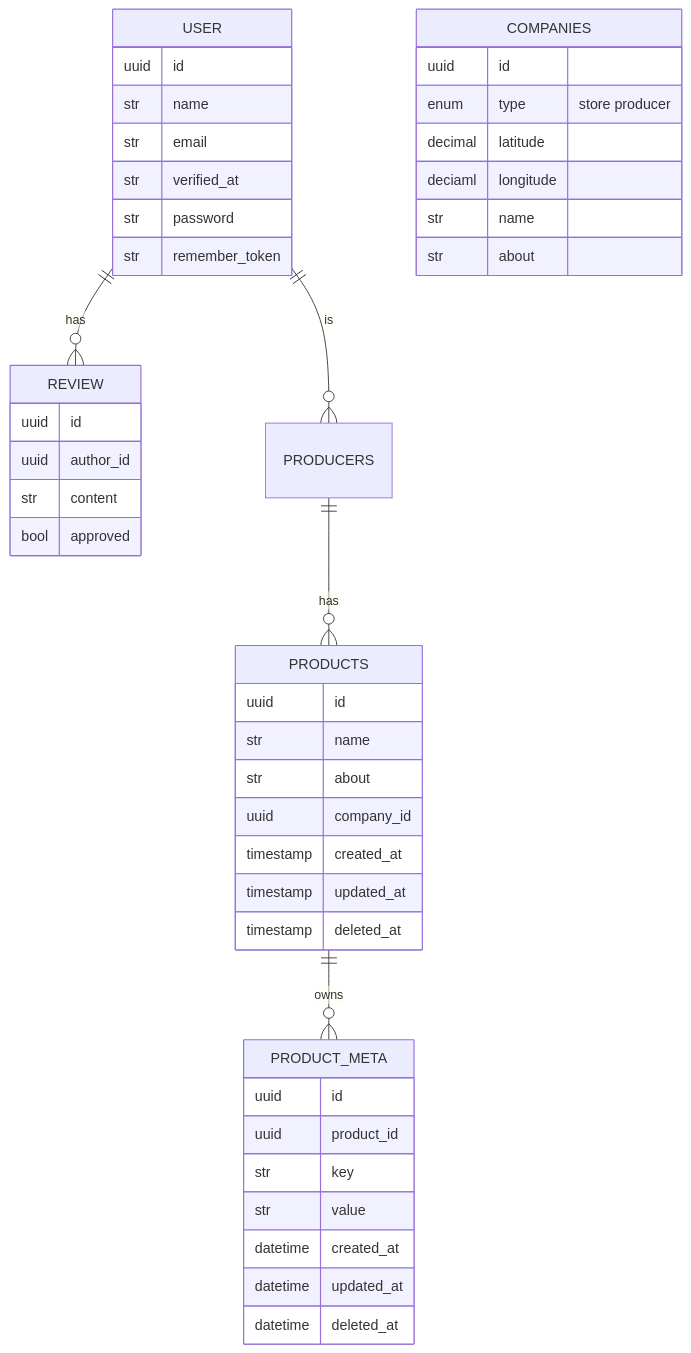
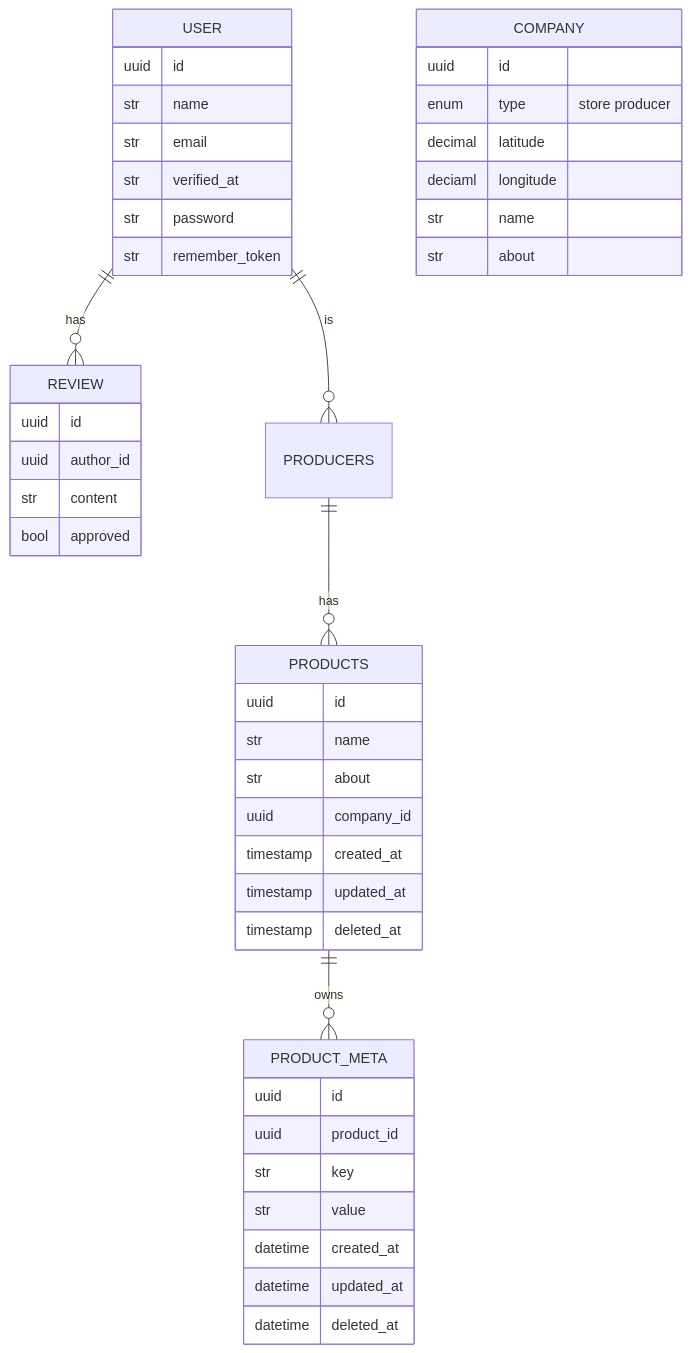
The diagram in backend/readme.md (cvanh/wiri), drawn with Mermaid before and after one commit. The commit also changed 13 other files, not shown here.

````diff
--- a/backend/readme.md
+++ b/backend/readme.md
@@ -19,49 +19,49 @@
 ```mermaid
 erDiagram
     USER {
         uuid id 
         str name
         str email
         str verified_at
         str password
         str remember_token
     }
-    COMPANIES { 
+    COMPANY { 
         uuid id 
         enum type "store producer"
         decimal latitude
         deciaml longitude
         str name
         str about
     }
     PRODUCTS {
         uuid id
         str name
         str about
         uuid company_id 
         timestamp created_at
         timestamp updated_at
         timestamp deleted_at
     }
     PRODUCT_META {
         uuid id
         uuid product_id
         str key
         str value
         datetime created_at
         datetime updated_at
         datetime deleted_at
     }
 
     REVIEW {
         uuid id 
         uuid author_id 
         str content
         bool approved
     }
 
     USER||--o{PRODUCERS : "is"
     USER||--o{REVIEW: "has"
     PRODUCERS||--o{PRODUCTS: "has"
     PRODUCTS||--o{PRODUCT_META: "owns"
 ```
````
